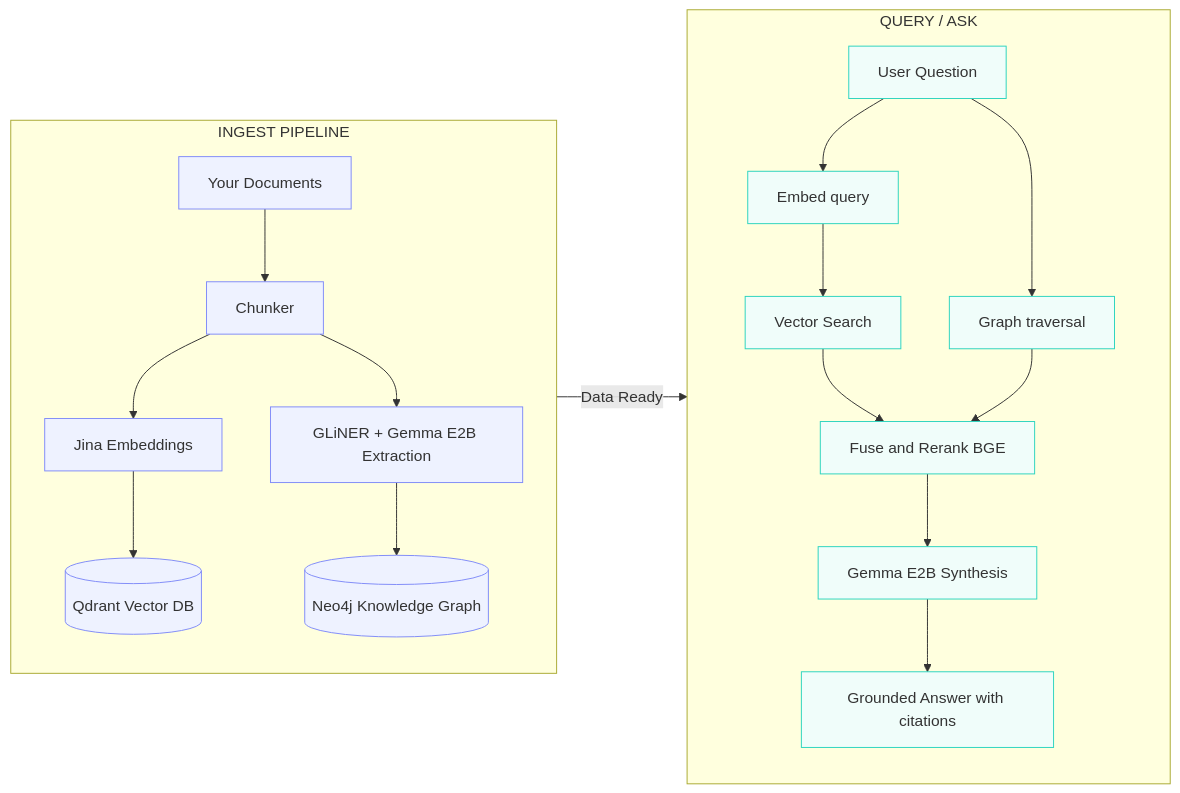
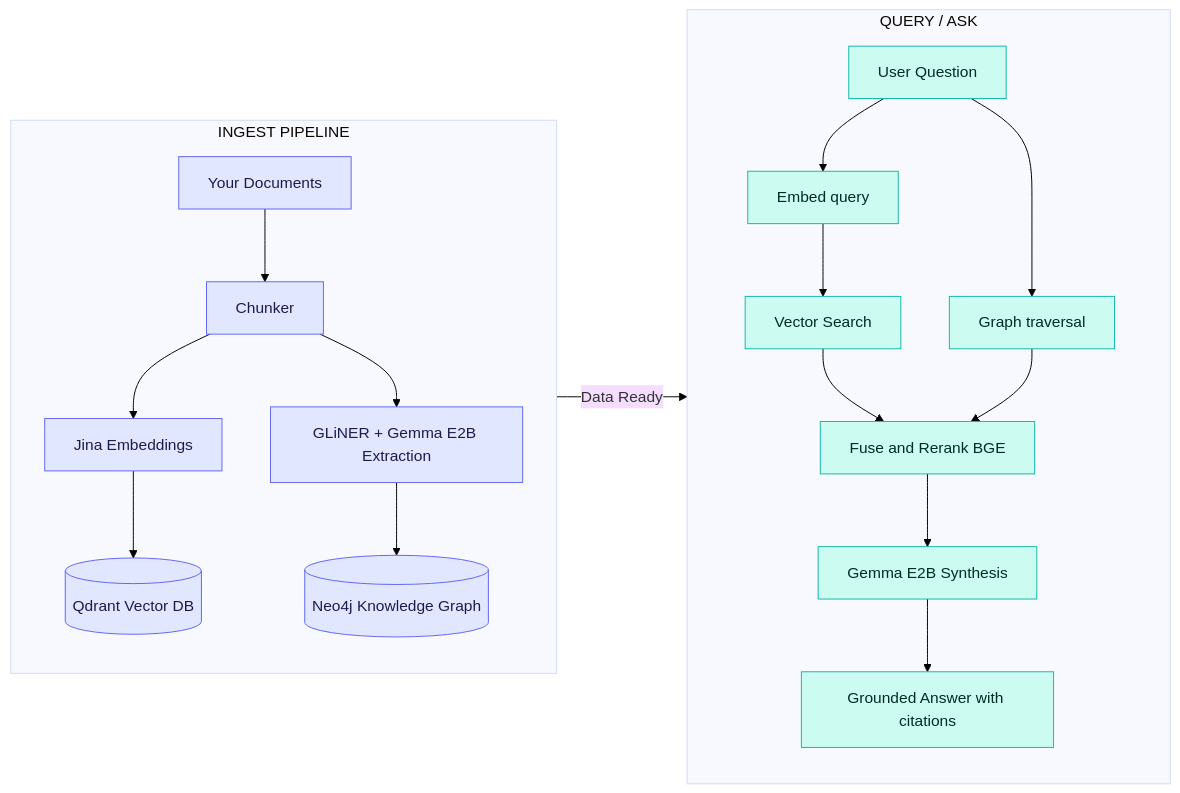
The diagram in README.md (reinhardjs/polyglot-graphrag), drawn with Mermaid before and after one commit.

Commit message:
README mermaid: theme base with white bg for cross-theme compatibility

````diff
--- a/README.md
+++ b/README.md
@@ -75,53 +75,56 @@
 ```mermaid
 ---
 config:
   layout: dagre
+  theme: base
+  themeVariables:
+    background: '#ffffff'
 ---
 flowchart LR
  subgraph INGEST["INGEST PIPELINE"]
     direction TB
         DOC["Your Documents"]
         CHUNK["Chunker"]
         EMBED["Jina Embeddings"]
         EXTRACT["GLiNER + Gemma E2B Extraction"]
         QD[("Qdrant Vector DB")]
         N4J[("Neo4j Knowledge Graph")]
   end
  subgraph QUERY["QUERY / ASK"]
     direction TB
         QU["User Question"]
         QE["Embed query"]
         VS["Vector Search"]
         KG["Graph traversal"]
         F["Fuse and Rerank BGE"]
         S["Gemma E2B Synthesis"]
         A["Grounded Answer with citations"]
   end
     DOC --> CHUNK
     CHUNK --> EMBED & EXTRACT
     EMBED --> QD
     EXTRACT --> N4J
     QU --> QE & KG
     QE --> VS
     VS --> F
     F --> S
     S --> A
     KG --> F
     INGEST -- Data Ready --> QUERY
 
      DOC:::ingest
      CHUNK:::ingest
      EMBED:::ingest
      EXTRACT:::ingest
      QD:::ingest
      N4J:::ingest
      QU:::query
      QE:::query
      VS:::query
      KG:::query
      F:::query
      S:::query
      A:::query
-    classDef ingest fill:#eef2ff,stroke:#818cf8
-    classDef query fill:#f0fdfa,stroke:#2dd4bf
+    classDef ingest fill:#e0e7ff,stroke:#6366f1,color:#1e1b4b
+    classDef query fill:#ccfbf1,stroke:#14b8a6,color:#022c22
 ```
````
